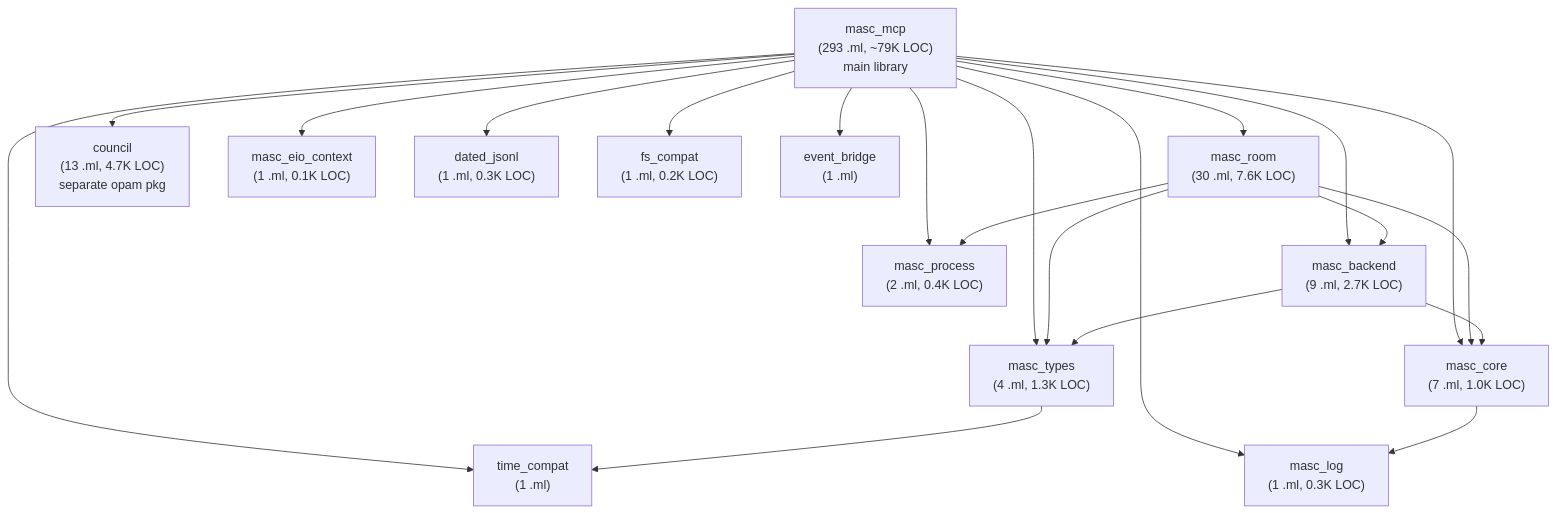
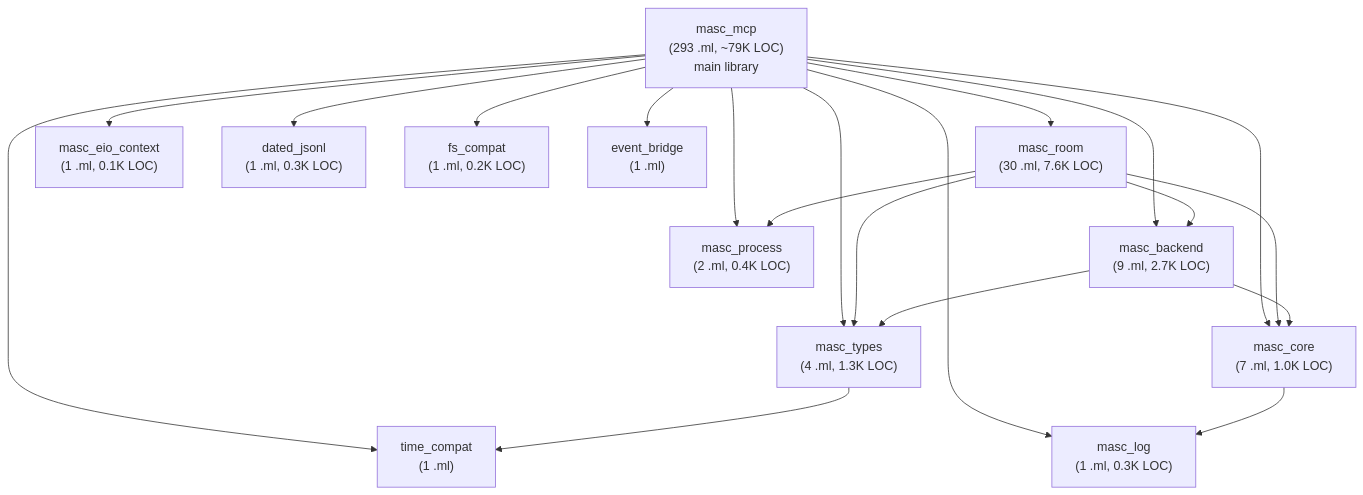
One commit to jeong-sik/masc changed the diagram in docs/spec/01-system-overview.md. Above: the diagram before and after it, drawn with Mermaid. The commit also changed other lines of this file and 51 other files, not shown here.

````diff
--- a/docs/spec/01-system-overview.md
+++ b/docs/spec/01-system-overview.md
@@ -93,42 +93,40 @@
 ```mermaid
 graph TD
     MAIN["masc_mcp<br/>(293 .ml, ~79K LOC)<br/>main library"]
 
     ROOM["masc_room<br/>(30 .ml, 7.6K LOC)"]
     BACKEND["masc_backend<br/>(9 .ml, 2.7K LOC)"]
     CORE["masc_core<br/>(7 .ml, 1.0K LOC)"]
     TYPES["masc_types<br/>(4 .ml, 1.3K LOC)"]
     LOG["masc_log<br/>(1 .ml, 0.3K LOC)"]
     PROCESS["masc_process<br/>(2 .ml, 0.4K LOC)"]
-    COUNCIL["council<br/>(13 .ml, 4.7K LOC)<br/>separate opam pkg"]
     EIO_CTX["masc_eio_context<br/>(1 .ml, 0.1K LOC)"]
     DATED["dated_jsonl<br/>(1 .ml, 0.3K LOC)"]
     TIME["time_compat<br/>(1 .ml)"]
     FS["fs_compat<br/>(1 .ml, 0.2K LOC)"]
     BRIDGE["event_bridge<br/>(1 .ml)"]
 
     MAIN --> ROOM
     MAIN --> BACKEND
     MAIN --> CORE
     MAIN --> TYPES
-    MAIN --> COUNCIL
     MAIN --> LOG
     MAIN --> PROCESS
     MAIN --> EIO_CTX
     MAIN --> DATED
     MAIN --> TIME
     MAIN --> FS
     MAIN --> BRIDGE
 
     ROOM --> TYPES
     ROOM --> CORE
     ROOM --> BACKEND
     ROOM --> PROCESS
 
     BACKEND --> TYPES
     BACKEND --> CORE
 
     CORE --> LOG
 
     TYPES --> TIME
 ```
````
